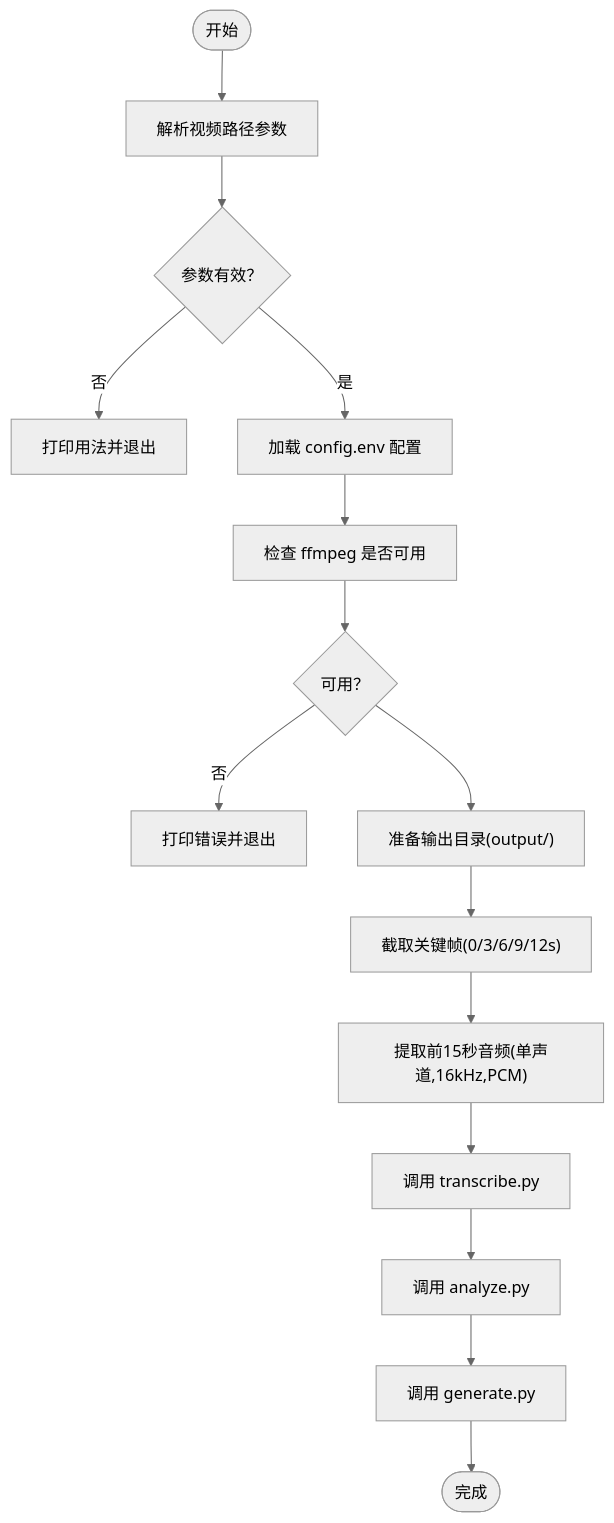
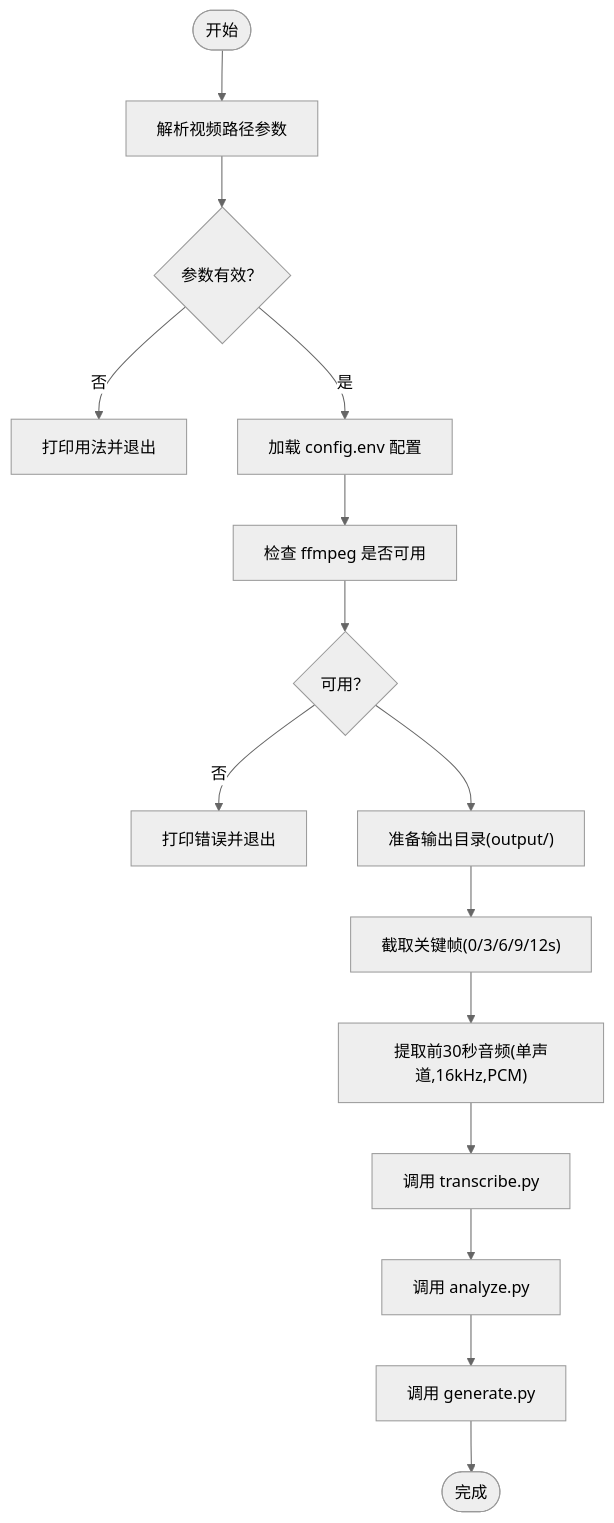
The fourth of 5 diagrams in .qoder/repowiki/zh/content/核心模块详解/音频转写模块.md (WongMingJiu/landingpage-test-hero-page), drawn with Mermaid (neutral theme) before and after one commit. The commit also changed other lines of this file and 53 other files, not shown here.

````diff
--- a/.qoder/repowiki/zh/content/核心模块详解/音频转写模块.md
+++ b/.qoder/repowiki/zh/content/核心模块详解/音频转写模块.md
@@ -174,17 +174,17 @@
 ```mermaid
 flowchart TD
 Start(["开始"]) --> ParseArgs["解析视频路径参数"]
 ParseArgs --> ArgsOK{"参数有效？"}
 ArgsOK --> |否| ExitArgs["打印用法并退出"]
 ArgsOK --> |是| LoadConfig["加载 config.env 配置"]
 LoadConfig --> CheckFFmpeg["检查 ffmpeg 是否可用"]
 CheckFFmpeg --> FFmpegOK{"可用？"}
 FFmpegOK --> |否| ExitFFmpeg["打印错误并退出"]
 FFmpegOK --> PrepareOut["准备输出目录(output/)"]
 PrepareOut --> ExtractFrames["截取关键帧(0/3/6/9/12s)"]
-ExtractFrames --> ExtractAudio["提取前15秒音频(单声道,16kHz,PCM)"]
+ExtractFrames --> ExtractAudio["提取前30秒音频(单声道,16kHz,PCM)"]
 ExtractAudio --> CallTranscribe["调用 transcribe.py"]
 CallTranscribe --> CallAnalyze["调用 analyze.py"]
 CallAnalyze --> CallGenerate["调用 generate.py"]
 CallGenerate --> Done(["完成"])
 ```
````
